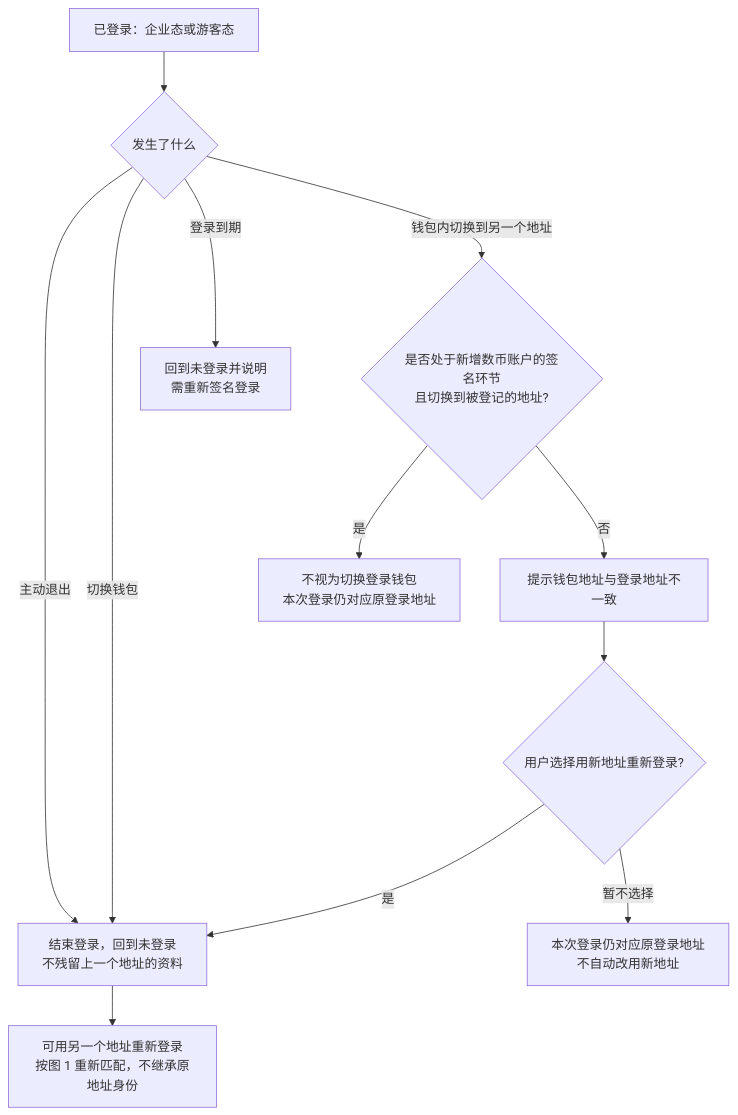
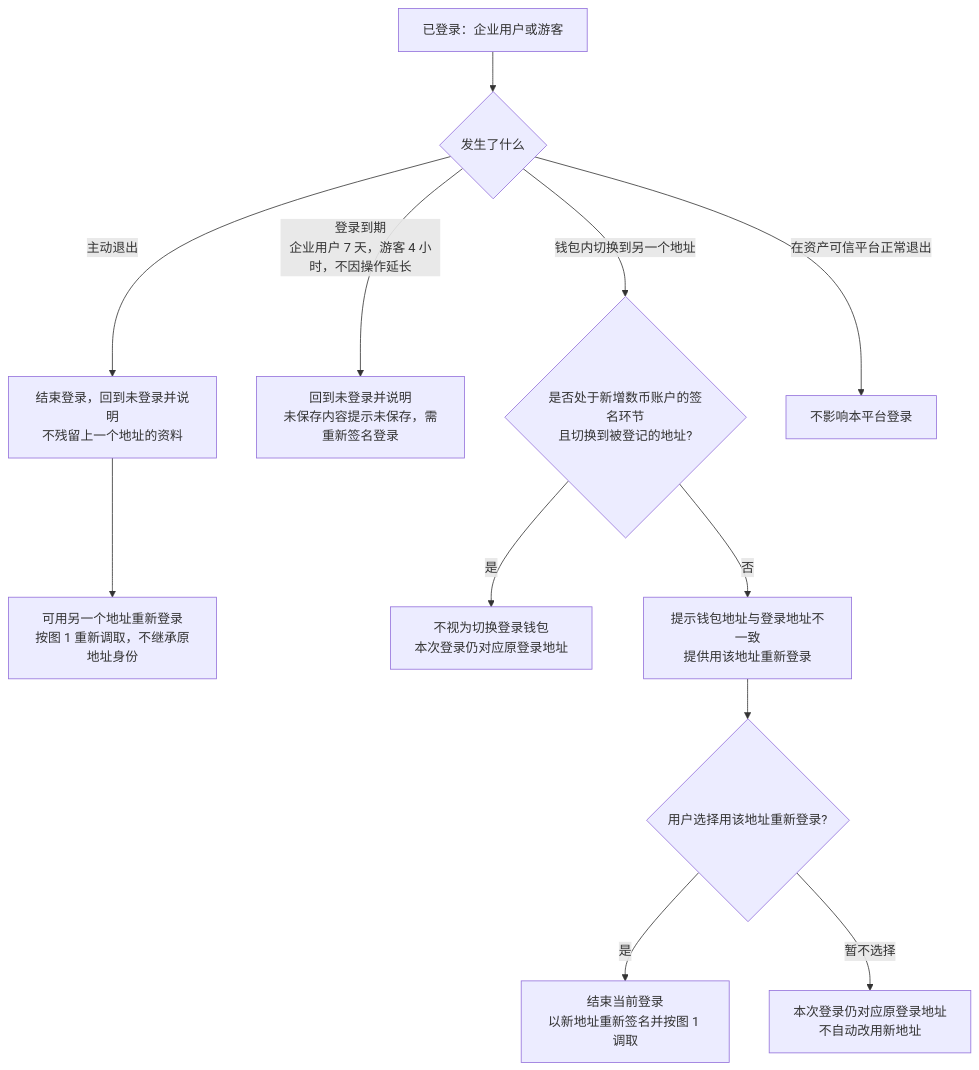
One commit to wxblockchain/Chain-Financing changed the second of 8 diagrams in token-issuance-platform/PRD/v1.0-企业登录与企业账户-流程图与状态机.md. Above: the diagram before and after it, drawn with Mermaid. The commit also changed other lines of this file and 2 other files, not shown here.

````diff
--- a/token-issuance-platform/PRD/v1.0-企业登录与企业账户-流程图与状态机.md
+++ b/token-issuance-platform/PRD/v1.0-企业登录与企业账户-流程图与状态机.md
@@ -47,14 +50,14 @@
 ```mermaid
 flowchart TD
-    A[已登录：企业态或游客态] --> B{发生了什么}
-    B -->|主动退出| C[结束登录，回到未登录<br/>不残留上一个地址的资料]
-    B -->|切换钱包| C
-    C --> C1[可用另一个地址重新登录<br/>按图 1 重新匹配，不继承原地址身份]
-    B -->|登录到期| D[回到未登录并说明<br/>需重新签名登录]
+    A[已登录：企业用户或游客] --> B{发生了什么}
+    B -->|主动退出| C[结束登录，回到未登录并说明<br/>不残留上一个地址的资料]
+    C --> C1[可用另一个地址重新登录<br/>按图 1 重新调取，不继承原地址身份]
+    B -->|登录到期<br/>企业用户 7 天，游客 4 小时，不因操作延长| D[回到未登录并说明<br/>未保存内容提示未保存，需重新签名登录]
     B -->|钱包内切换到另一个地址| E{是否处于新增数币账户的签名环节<br/>且切换到被登记的地址?}
     E -->|是| E1[不视为切换登录钱包<br/>本次登录仍对应原登录地址]
-    E -->|否| F[提示钱包地址与登录地址不一致]
-    F --> G{用户选择用新地址重新登录?}
-    G -->|是| C
-    G -->|暂不选择| H[本次登录仍对应原登录地址<br/>不自动改用新地址]
+    E -->|否| F[提示钱包地址与登录地址不一致<br/>提供用该地址重新登录]
+    F --> G{用户选择用该地址重新登录?}
+    G -->|是| H[结束当前登录<br/>以新地址重新签名并按图 1 调取]
+    G -->|暂不选择| I[本次登录仍对应原登录地址<br/>不自动改用新地址]
+    B -->|在资产可信平台正常退出| J[不影响本平台登录]
 ```
````
